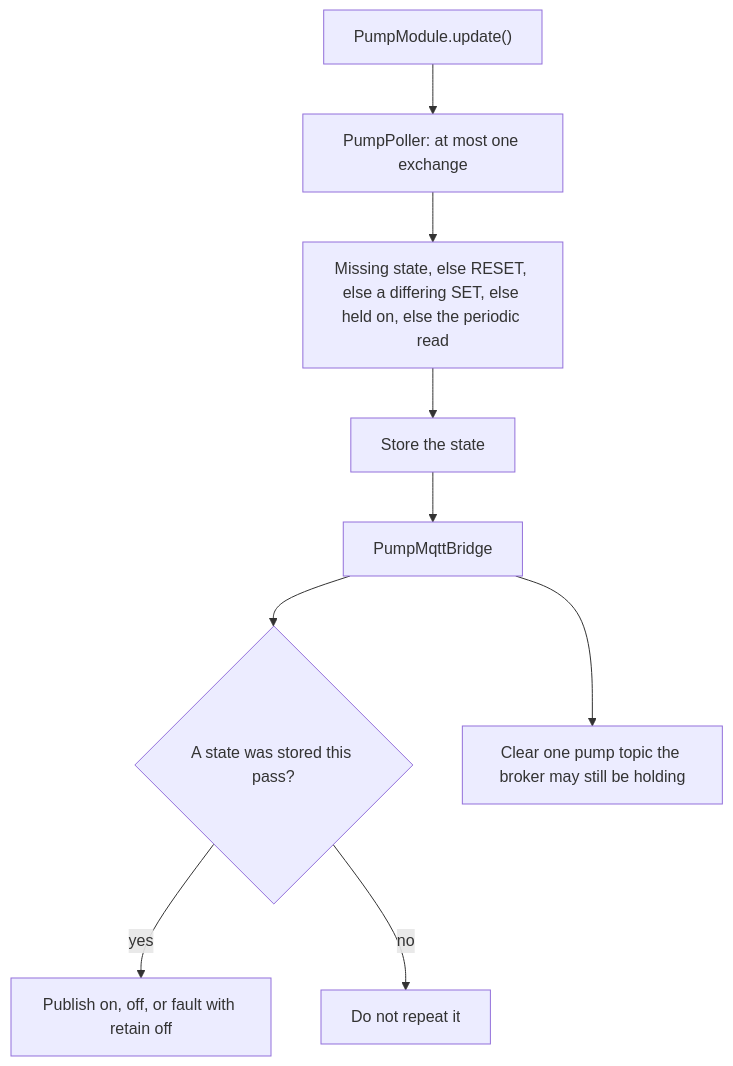
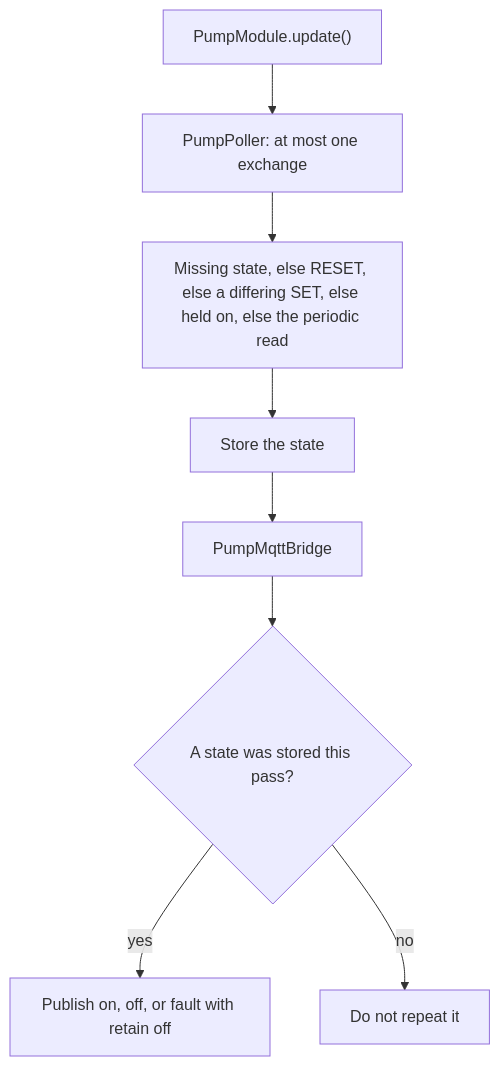
One commit to WiddleWabbit/MQTT-ModularControllerBoard changed the diagram in Firmware/docs/pump-module.md. Above: the diagram before and after it, drawn with Mermaid. The commit also changed other lines of this file and 18 other files, not shown here.

````diff
--- a/Firmware/docs/pump-module.md
+++ b/Firmware/docs/pump-module.md
@@ -28,11 +28,10 @@
 ```mermaid
 flowchart TD
   upd["PumpModule.update()"] --> poll["PumpPoller: at most one exchange"]
   poll --> order["Missing state, else RESET, else a differing SET, else held on, else the periodic read"]
   order --> mem["Store the state"]
   mem --> bridge["PumpMqttBridge"]
   bridge --> pub{"A state was stored this pass?"}
   pub -->|yes| mqtt["Publish on, off, or fault with retain off"]
   pub -->|no| quiet["Do not repeat it"]
-  bridge --> clear["Clear one pump topic the broker may still be holding"]
 ```
````
